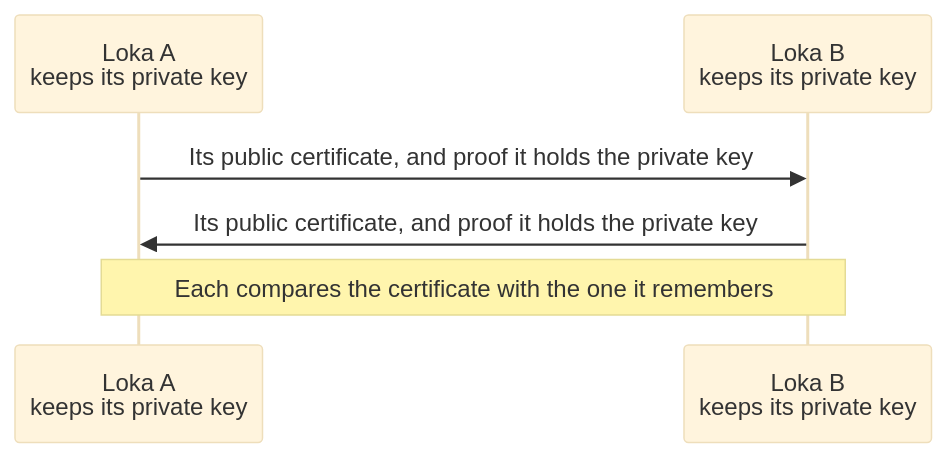
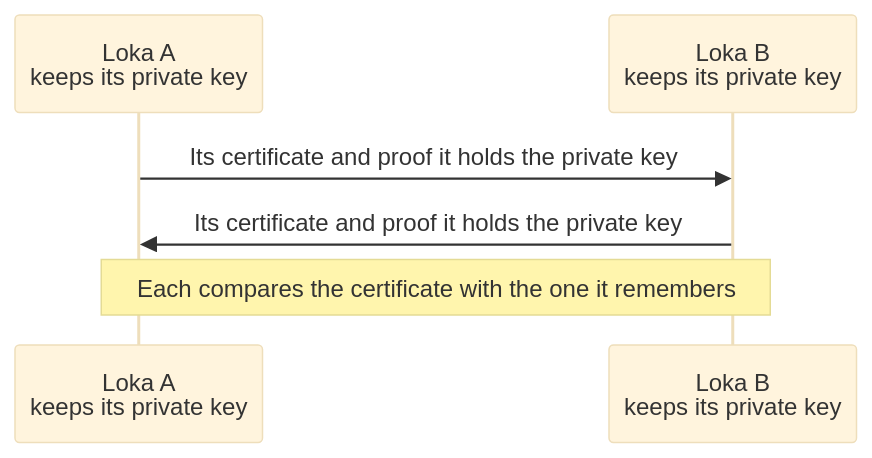
Before and after one commit to sprytnyk/loka: the second of 4 diagrams in PROTOCOL.md, drawn with Mermaid (base theme). The commit also changed other lines of this file and 17 other files, not shown here.

````diff
--- a/PROTOCOL.md
+++ b/PROTOCOL.md
@@ -67,8 +63,8 @@
 ```mermaid
 sequenceDiagram
     participant A as Loka A<br>keeps its private key
     participant B as Loka B<br>keeps its private key
-    A->>B: Its public certificate, and proof it holds the private key
-    B->>A: Its public certificate, and proof it holds the private key
+    A->>B: Its certificate and proof it holds the private key
+    B->>A: Its certificate and proof it holds the private key
     Note over A,B: Each compares the certificate with the one it remembers
 ```
````
